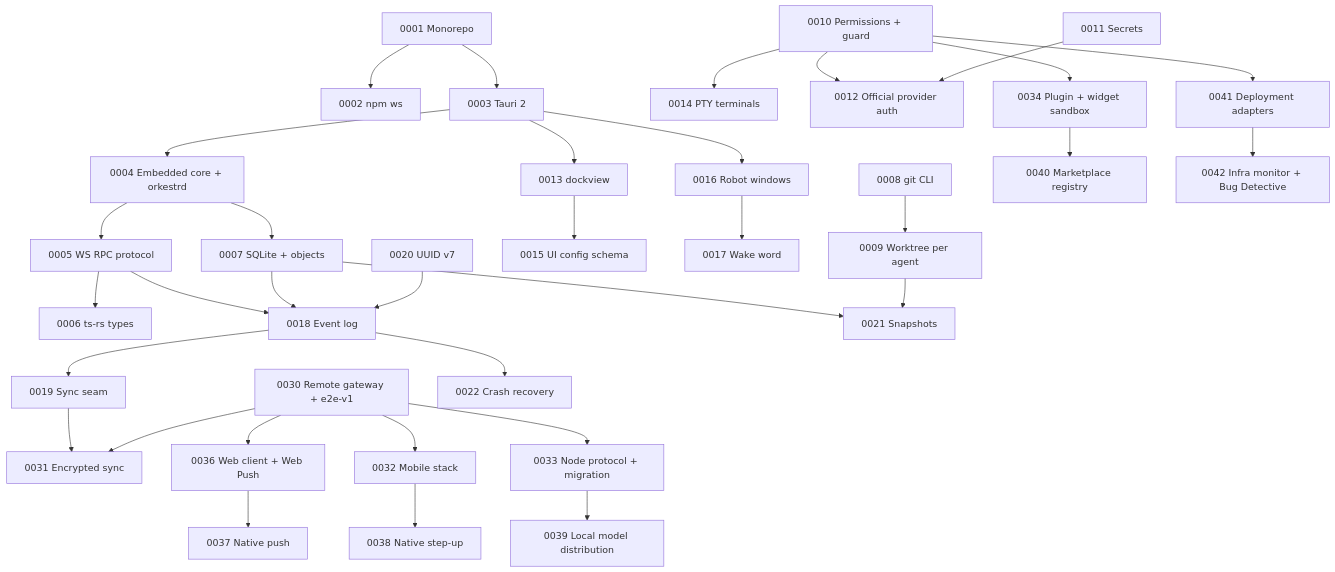
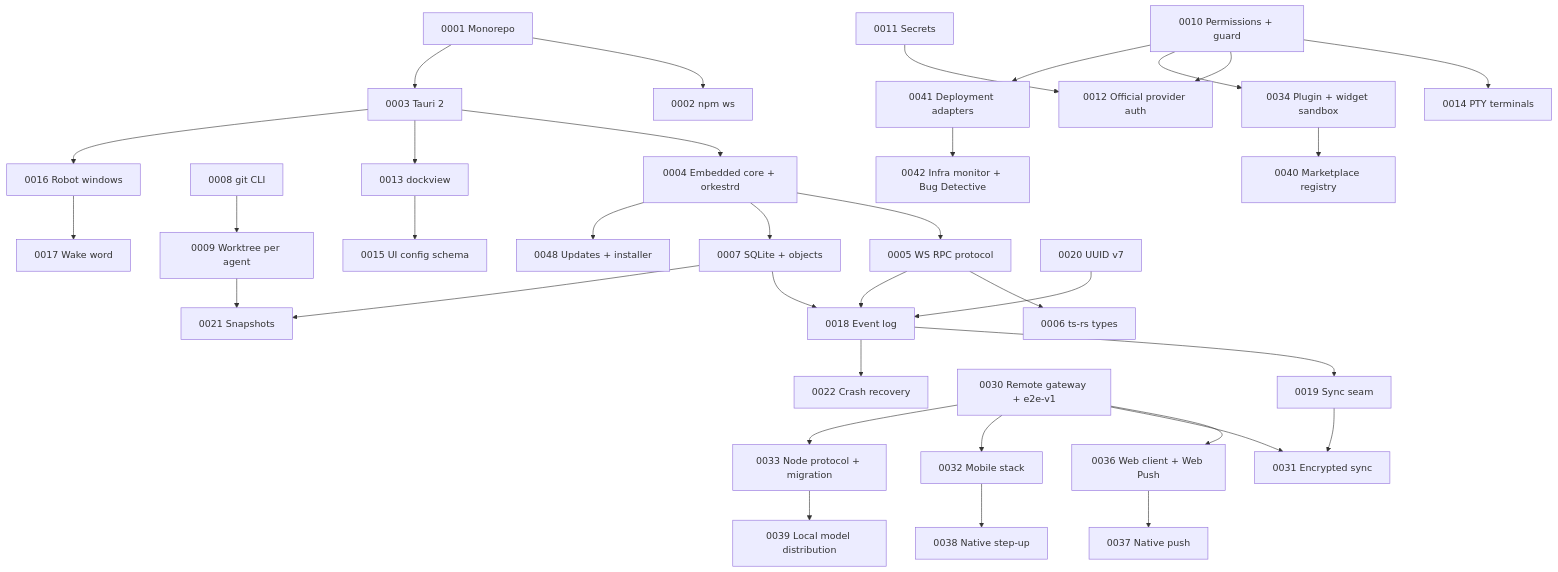
The diagram in docs/adr/README.md (farrukhnosirov/orkestr), drawn with Mermaid before and after one commit. The commit also changed other lines of this file and 40 other files, not shown here.

First line of the commit message:
Updates & installer (ADR-0048): orkestr-updater crate, shell updates flow, Settings → Updates, NSIS/MSI config

````diff
--- a/docs/adr/README.md
+++ b/docs/adr/README.md
@@ -79,36 +81,37 @@
 ```mermaid
 flowchart TB
   A1[0001 Monorepo] --> A2[0002 npm ws]
   A1 --> A3[0003 Tauri 2]
   A3 --> A4["0004 Embedded core + orkestrd"]
   A4 --> A5[0005 WS RPC protocol]
   A5 --> A6[0006 ts-rs types]
   A5 --> A18[0018 Event log]
   A4 --> A7["0007 SQLite + objects"]
   A7 --> A18
   A7 --> A21[0021 Snapshots]
   A8[0008 git CLI] --> A9[0009 Worktree per agent]
   A9 --> A21
   A10["0010 Permissions + guard"] --> A14[0014 PTY terminals]
   A10 --> A12[0012 Official provider auth]
   A11[0011 Secrets] --> A12
   A3 --> A13[0013 dockview]
   A13 --> A15[0015 UI config schema]
   A3 --> A16[0016 Robot windows]
   A16 --> A17[0017 Wake word]
   A18 --> A19[0019 Sync seam]
   A19 --> A31[0031 Encrypted sync]
   A30[0030 Remote gateway + e2e-v1] --> A36[0036 Web client + Web Push]
   A30 --> A31
   A30 --> A32[0032 Mobile stack]
   A36 --> A37[0037 Native push]
   A32 --> A38[0038 Native step-up]
   A30 --> A33[0033 Node protocol + migration]
   A33 --> A39[0039 Local model distribution]
   A10 --> A34[0034 Plugin + widget sandbox]
   A34 --> A40[0040 Marketplace registry]
   A10 --> A41[0041 Deployment adapters]
   A41 --> A42[0042 Infra monitor + Bug Detective]
+  A4 --> A48[0048 Updates + installer]
   A18 --> A22[0022 Crash recovery]
   A20[0020 UUID v7] --> A18
 ```
````
